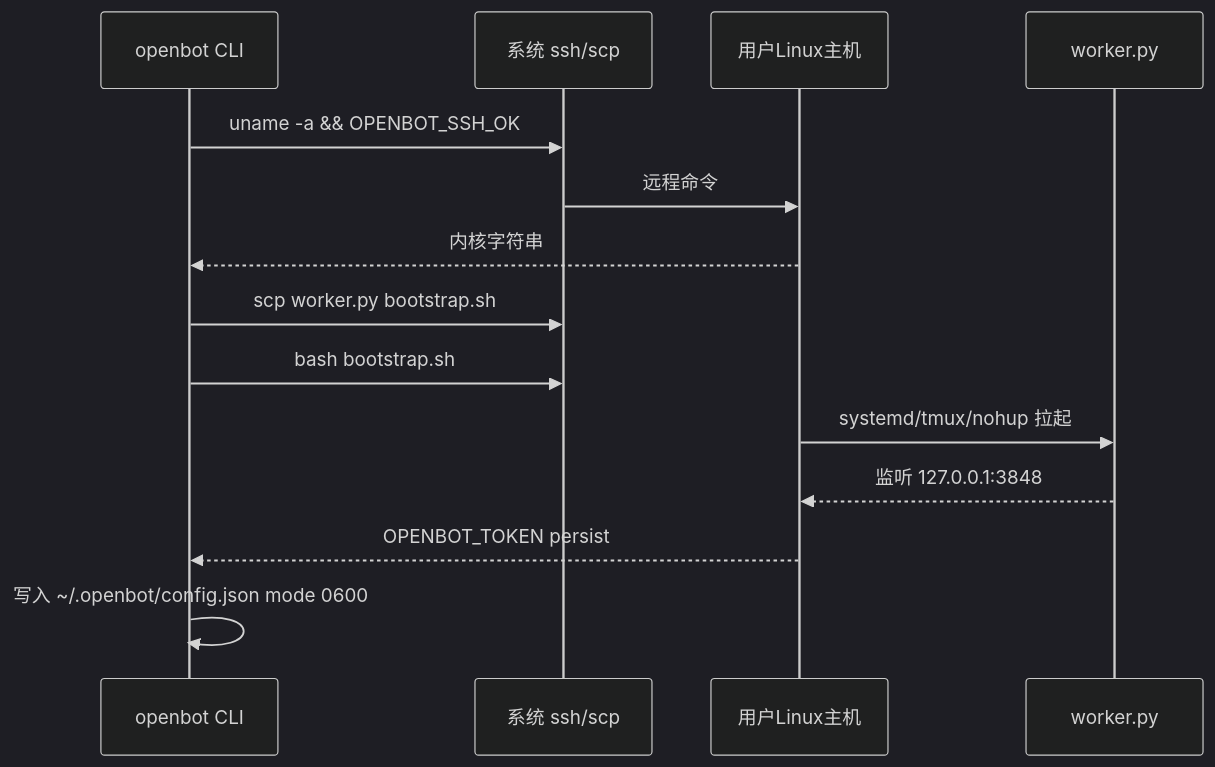
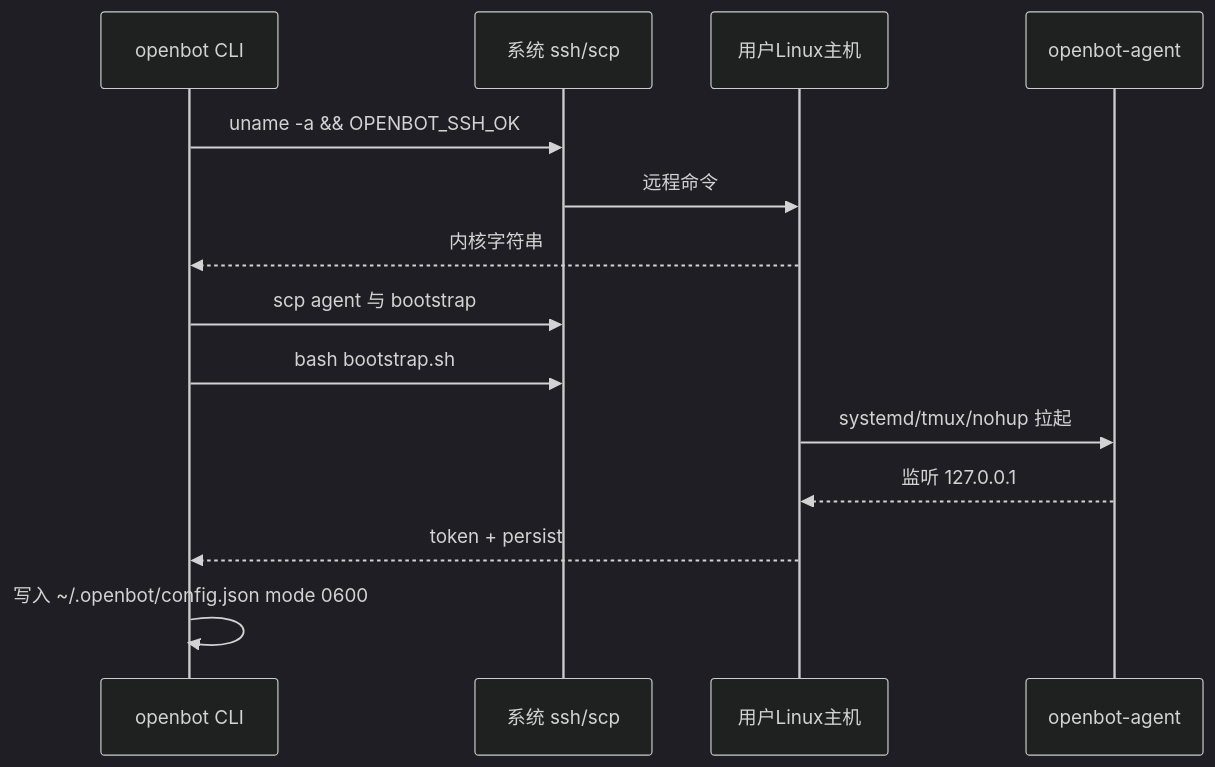
The second of 3 diagrams in docs/openbot-mvp/03-architecture/architecture.md (BiuBiuHu/OpenBot), drawn with Mermaid (dark theme) before and after one commit. The commit also changed other lines of this file and 12 other files, not shown here.

First line of the commit message:
docs: 锁定远端 openbot-agent 与本机会话面架构

````diff
--- a/docs/openbot-mvp/03-architecture/architecture.md
+++ b/docs/openbot-mvp/03-architecture/architecture.md
@@ -90,16 +163,16 @@
 ```mermaid
 sequenceDiagram
   participant CLI as openbot CLI
   participant SSH as 系统 ssh/scp
   participant Host as 用户Linux主机
-  participant W as worker.py
+  participant A as openbot-agent
   CLI->>SSH: uname -a && OPENBOT_SSH_OK
   SSH->>Host: 远程命令
   Host-->>CLI: 内核字符串
-  CLI->>SSH: scp worker.py bootstrap.sh
+  CLI->>SSH: scp agent 与 bootstrap
   CLI->>SSH: bash bootstrap.sh
-  Host->>W: systemd/tmux/nohup 拉起
-  W-->>Host: 监听 127.0.0.1:3848
-  Host-->>CLI: OPENBOT_TOKEN persist
+  Host->>A: systemd/tmux/nohup 拉起
+  A-->>Host: 监听 127.0.0.1
+  Host-->>CLI: token + persist
   CLI->>CLI: 写入 ~/.openbot/config.json mode 0600
 ```
````
